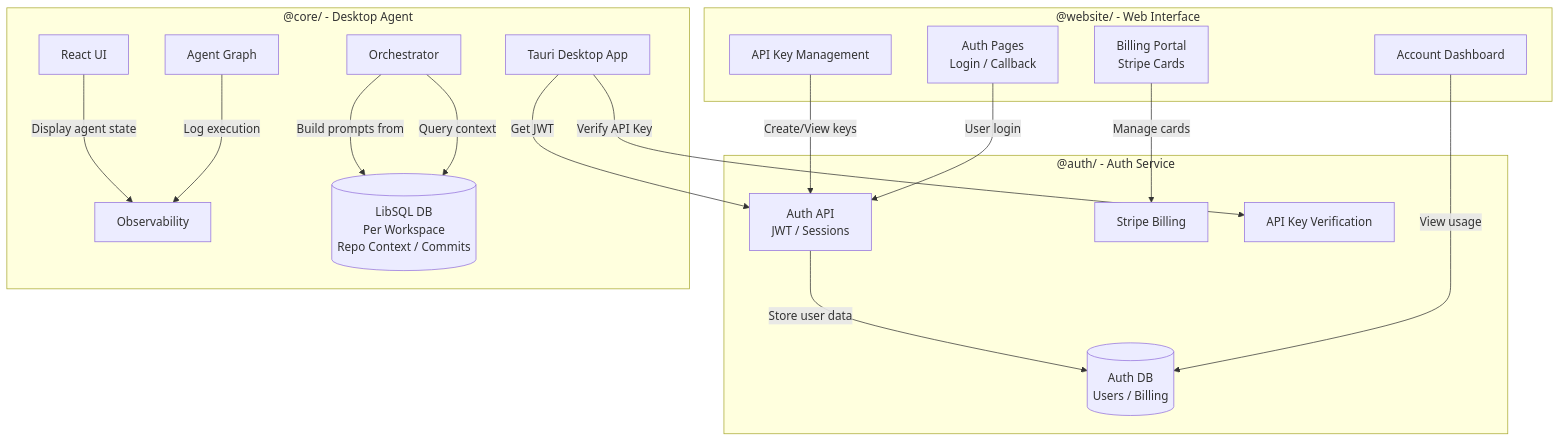
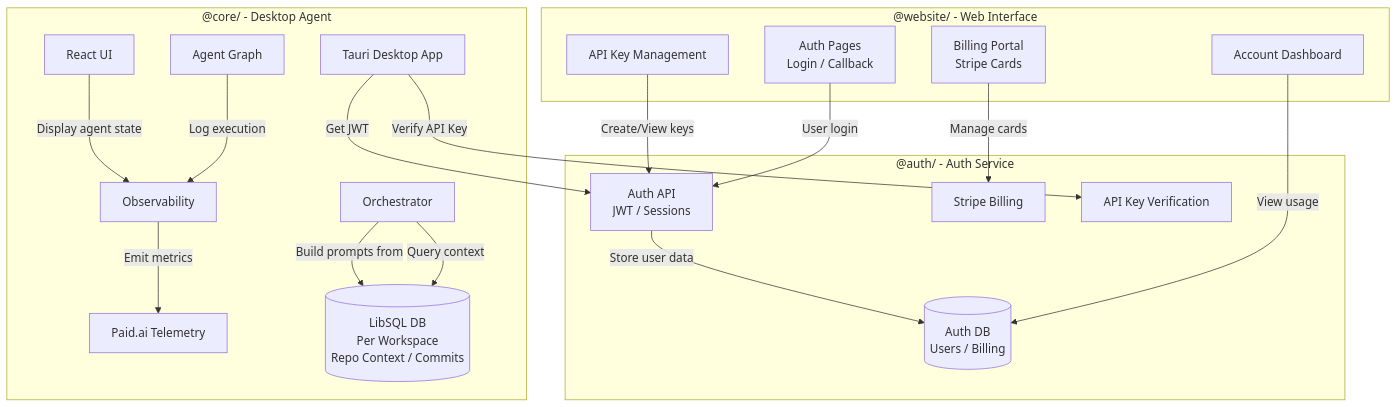
One commit to eisen-labs/the-eisen-core changed the first of 4 diagrams in README.md. Above: the diagram before and after it, drawn with Mermaid. The commit also changed other lines of this file, not shown here.

Commit message:
docs: add Paid.ai telemetry to architecture

````diff
--- a/README.md
+++ b/README.md
@@ -7,39 +7,41 @@
 ```mermaid
 flowchart TB
     subgraph Web["@website/ - Web Interface"]
         AuthUI["Auth Pages<br/>Login / Callback"]
         BillingUI["Billing Portal<br/>Stripe Cards"]
         KeysUI["API Key Management"]
         Dash["Account Dashboard"]
     end
 
     subgraph Auth["@auth/ - Auth Service"]
         AuthAPI["Auth API<br/>JWT / Sessions"]
         Stripe["Stripe Billing"]
         KeyVerify["API Key Verification"]
         AuthDB[("Auth DB<br/>Users / Billing")]
     end
 
     subgraph Core["@core/ - Desktop Agent"]
         App["Tauri Desktop App"]
         Orchestrator["Orchestrator"]
         UI["React UI"]
         Graph["Agent Graph"]
         Observer["Observability"]
+        Telemetry["Paid.ai Telemetry"]
         LibSQL[("LibSQL DB<br/>Per Workspace<br/>Repo Context / Commits")]
     end
 
     AuthUI -->|"User login"| AuthAPI
     BillingUI -->|"Manage cards"| Stripe
     KeysUI -->|"Create/View keys"| AuthAPI
     Dash -->|"View usage"| AuthDB
 
     App -->|"Verify API Key"| KeyVerify
     App -->|"Get JWT"| AuthAPI
     AuthAPI -->|"Store user data"| AuthDB
 
     Orchestrator -->|"Query context"| LibSQL
     Orchestrator -->|"Build prompts from"| LibSQL
     Graph -->|"Log execution"| Observer
     UI -->|"Display agent state"| Observer
+    Observer -->|"Emit metrics"| Telemetry
 ```
````
